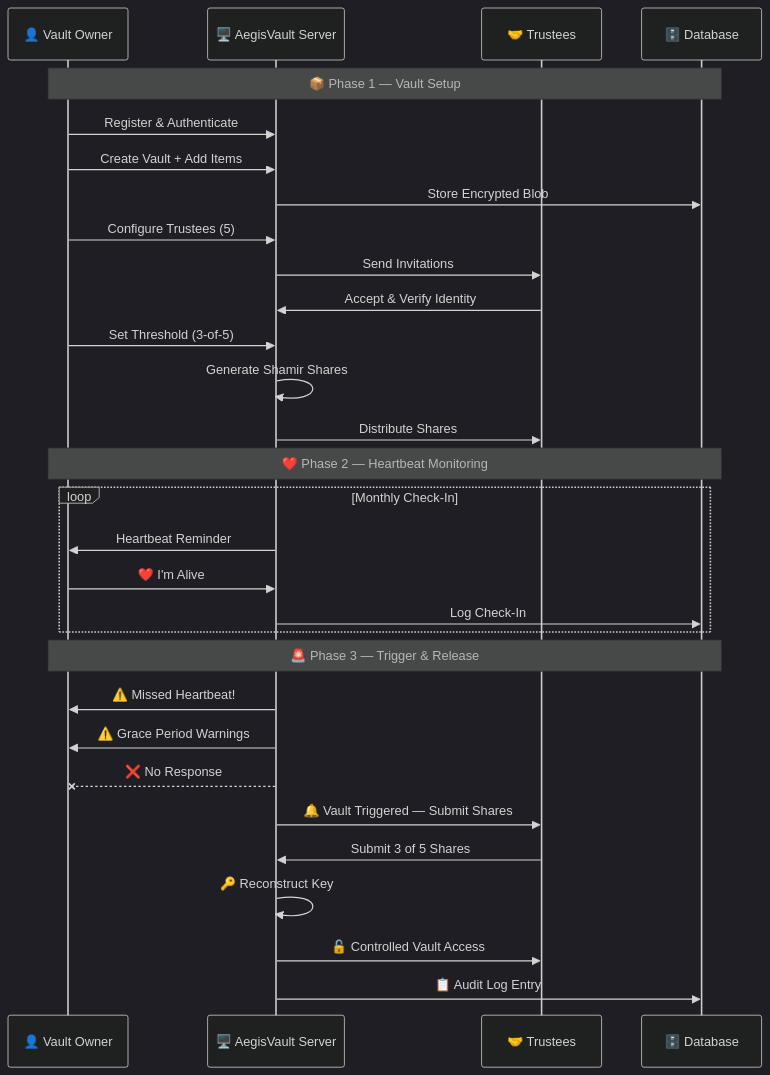
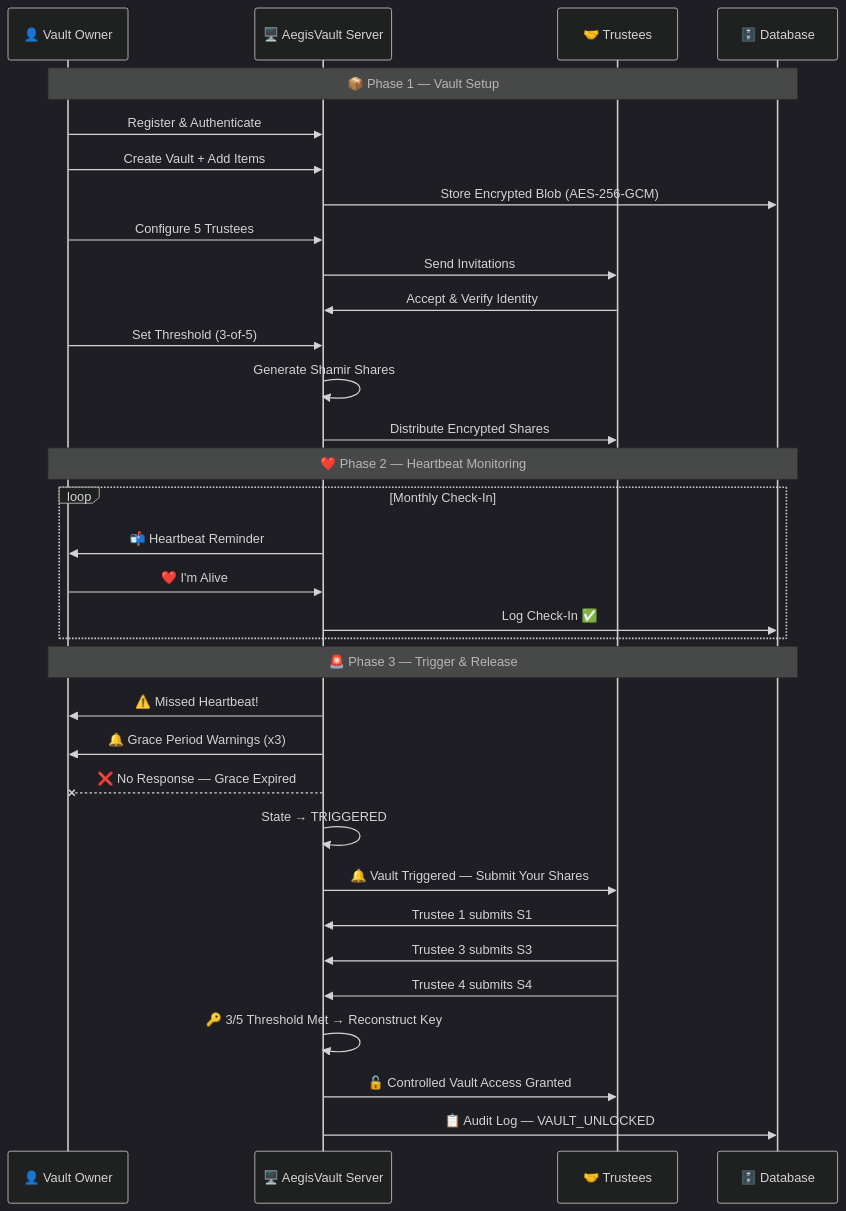
The fifth of 6 diagrams in README.md (DevNovaOps/AegisVault), drawn with Mermaid (dark theme) before and after one commit. The commit also changed other lines of this file, not shown here.

````diff
--- a/README.md
+++ b/README.md
@@ -990,35 +991,38 @@
 ```mermaid
 sequenceDiagram
     participant O as 👤 Vault Owner
     participant S as 🖥️ AegisVault Server
     participant T as 🤝 Trustees
     participant DB as 🗄️ Database
 
     Note over O,DB: 📦 Phase 1 — Vault Setup
     O->>S: Register & Authenticate
     O->>S: Create Vault + Add Items
-    S->>DB: Store Encrypted Blob
-    O->>S: Configure Trustees (5)
+    S->>DB: Store Encrypted Blob (AES-256-GCM)
+    O->>S: Configure 5 Trustees
     S->>T: Send Invitations
     T->>S: Accept & Verify Identity
     O->>S: Set Threshold (3-of-5)
     S->>S: Generate Shamir Shares
-    S->>T: Distribute Shares
+    S->>T: Distribute Encrypted Shares
 
     Note over O,DB: ❤️ Phase 2 — Heartbeat Monitoring
     loop Monthly Check-In
-        S->>O: Heartbeat Reminder
+        S->>O: 📬 Heartbeat Reminder
         O->>S: ❤️ I'm Alive
-        S->>DB: Log Check-In
+        S->>DB: Log Check-In ✅
     end
 
     Note over O,DB: 🚨 Phase 3 — Trigger & Release
     S->>O: ⚠️ Missed Heartbeat!
-    S->>O: ⚠️ Grace Period Warnings
-    S--xO: ❌ No Response
-    S->>T: 🔔 Vault Triggered — Submit Shares
-    T->>S: Submit 3 of 5 Shares
-    S->>S: 🔑 Reconstruct Key
-    S->>T: 🔓 Controlled Vault Access
-    S->>DB: 📋 Audit Log Entry
+    S->>O: 🔔 Grace Period Warnings (x3)
+    S--xO: ❌ No Response — Grace Expired
+    S->>S: State → TRIGGERED
+    S->>T: 🔔 Vault Triggered — Submit Your Shares
+    T->>S: Trustee 1 submits S1
+    T->>S: Trustee 3 submits S3
+    T->>S: Trustee 4 submits S4
+    S->>S: 🔑 3/5 Threshold Met → Reconstruct Key
+    S->>T: 🔓 Controlled Vault Access Granted
+    S->>DB: 📋 Audit Log — VAULT_UNLOCKED
 ```
````
